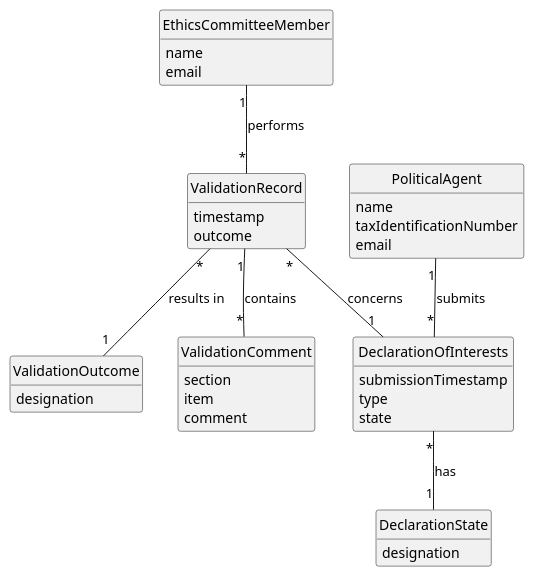
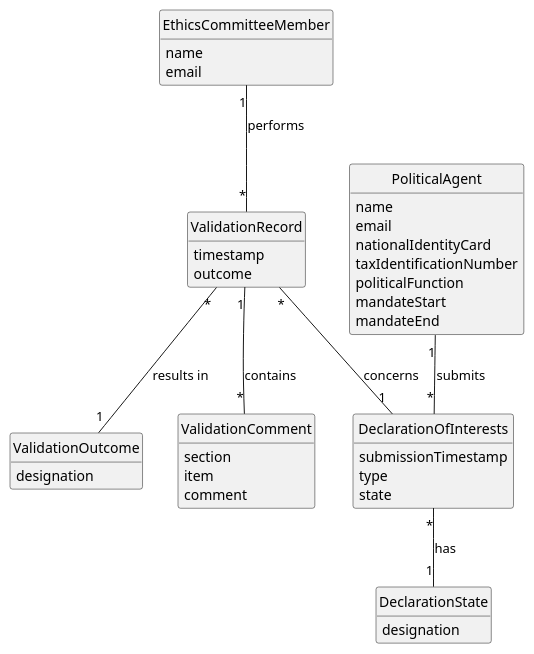
One commit to brunodspinto/crystal-clear-platform changed the diagram in docs/system-documentation/US08/02.analysis/puml/US08-DM.puml. Above: the diagram before and after it, drawn with PlantUML. The commit also changed 5 other files, not shown here.

```diff
--- a/docs/system-documentation/US08/02.analysis/puml/US08-DM.puml
+++ b/docs/system-documentation/US08/02.analysis/puml/US08-DM.puml
@@ -1,59 +1,63 @@
 @startuml
 skinparam monochrome true
 skinparam packageStyle rectangle
 skinparam shadowing false
 
 skinparam classAttributeIconSize 0
 
 hide circle
 hide methods
 
 class EthicsCommitteeMember {
     name
     email
 }
 
 class DeclarationOfInterests {
     submissionTimestamp
     type
     state
 }
 
 class DeclarationState {
     designation
 }
 
 class PoliticalAgent {
     name
+    email
+    nationalIdentityCard
     taxIdentificationNumber
-    email
+    politicalFunction
+    mandateStart
+    mandateEnd
 }
 
 class ValidationRecord {
     timestamp
     outcome
 }
 
 class ValidationOutcome {
     designation
 }
 
 class ValidationComment {
     section
     item
     comment
 }
 
 PoliticalAgent "1" -- "*" DeclarationOfInterests : submits
 
 DeclarationOfInterests "*" -- "1" DeclarationState : has
 
 EthicsCommitteeMember "1" -- "*" ValidationRecord : performs
 
 ValidationRecord "*" -- "1" DeclarationOfInterests : concerns
 
 ValidationRecord "*" -- "1" ValidationOutcome : results in
 
 ValidationRecord "1" -- "*" ValidationComment : contains
 
 @enduml
```
